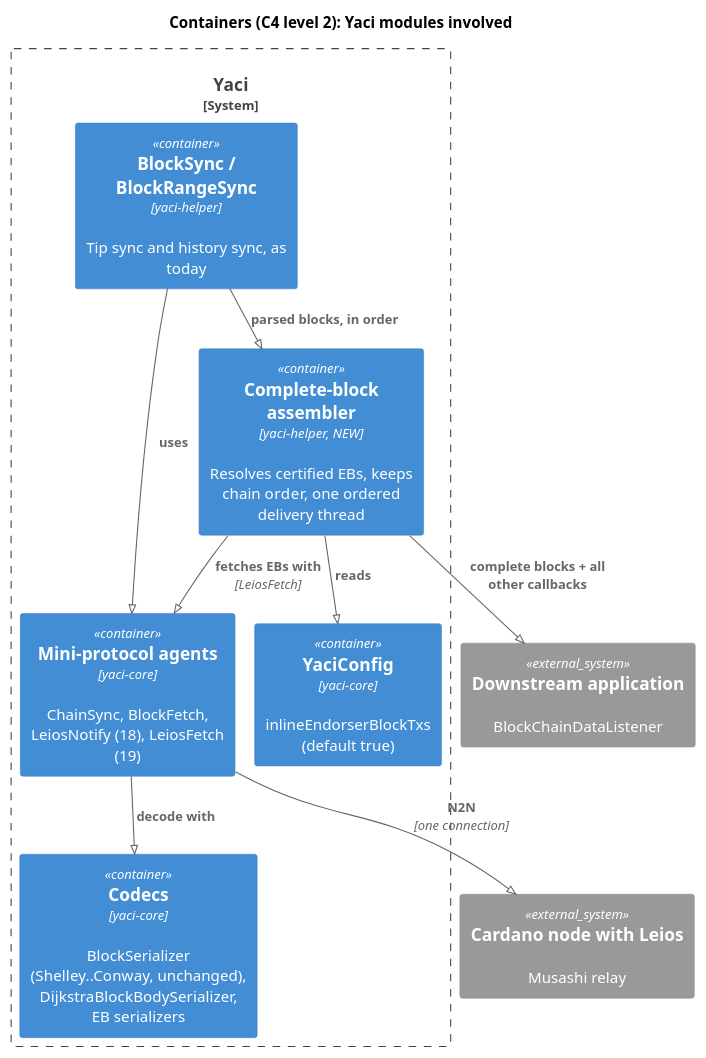
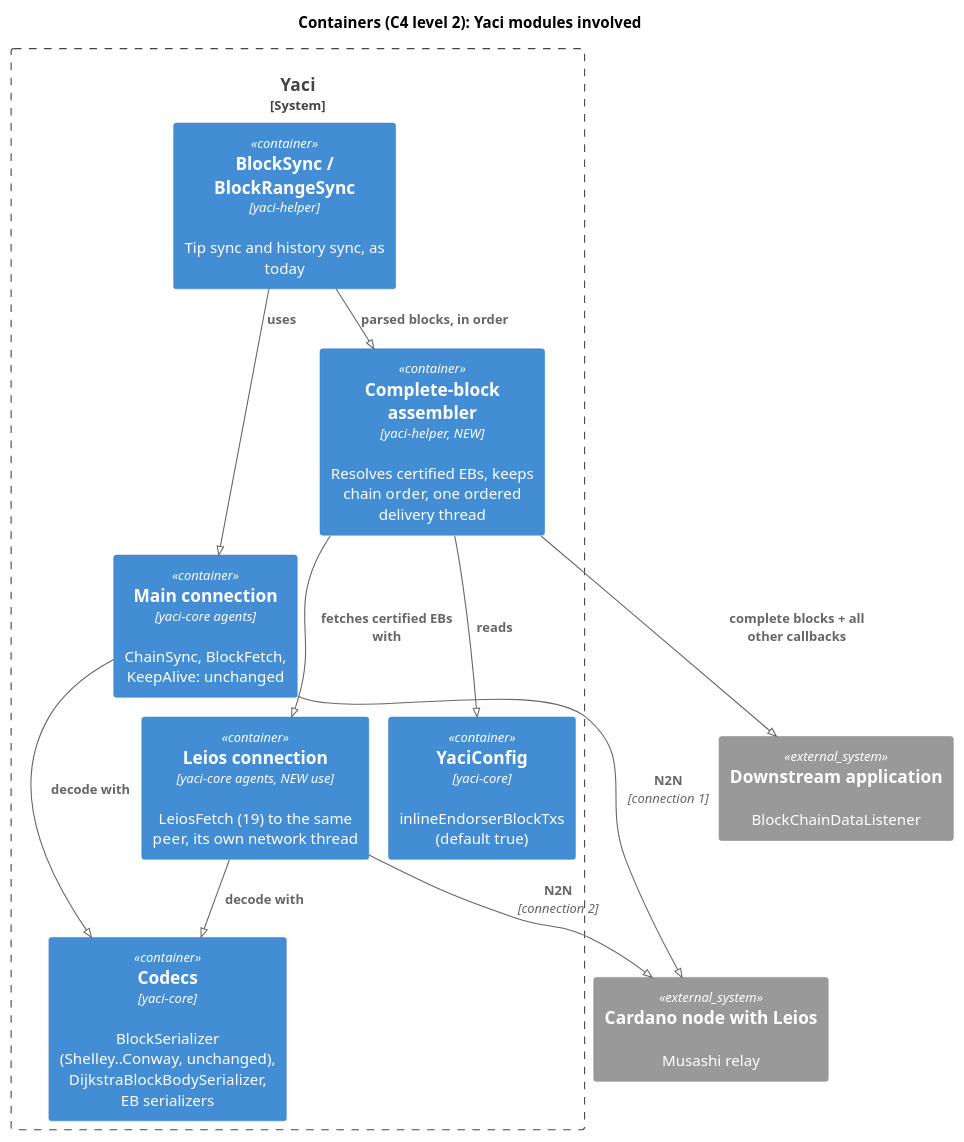
The diagram in docs/leios/diagrams/2-c4-container.puml (bloxbean/yaci), drawn with PlantUML before and after one commit. The commit also changed 17 other files, not shown here.

```diff
--- a/docs/leios/diagrams/2-c4-container.puml
+++ b/docs/leios/diagrams/2-c4-container.puml
@@ -1,25 +1,28 @@
 @startuml 2-c4-container
 !pragma layout smetana
 !include <C4/C4_Container>
 LAYOUT_TOP_DOWN()
 title Containers (C4 level 2): Yaci modules involved
 
 System_Ext(app, "Downstream application", "BlockChainDataListener")
 System_Ext(node, "Cardano node with Leios", "Musashi relay")
 
 System_Boundary(yaci, "Yaci") {
   Container(sync, "BlockSync / BlockRangeSync", "yaci-helper", "Tip sync and history sync, as today")
   Container(asm, "Complete-block assembler", "yaci-helper, NEW", "Resolves certified EBs, keeps chain order, one ordered delivery thread")
-  Container(agents, "Mini-protocol agents", "yaci-core", "ChainSync, BlockFetch, LeiosNotify (18), LeiosFetch (19)")
+  Container(main, "Main connection", "yaci-core agents", "ChainSync, BlockFetch, KeepAlive: unchanged")
+  Container(leios, "Leios connection", "yaci-core agents, NEW use", "LeiosFetch (19) to the same peer, its own network thread")
   Container(codecs, "Codecs", "yaci-core", "BlockSerializer (Shelley..Conway, unchanged), DijkstraBlockBodySerializer, EB serializers")
   Container(cfg, "YaciConfig", "yaci-core", "inlineEndorserBlockTxs (default true)")
 }
 
+Rel(sync, main, "uses")
 Rel(sync, asm, "parsed blocks, in order")
 Rel(asm, app, "complete blocks + all other callbacks")
-Rel(sync, agents, "uses")
-Rel(asm, agents, "fetches EBs with", "LeiosFetch")
-Rel(agents, codecs, "decode with")
+Rel(asm, leios, "fetches certified EBs with")
 Rel(asm, cfg, "reads")
-Rel(agents, node, "N2N", "one connection")
+Rel(main, codecs, "decode with")
+Rel(leios, codecs, "decode with")
+Rel(main, node, "N2N", "connection 1")
+Rel(leios, node, "N2N", "connection 2")
 @enduml
```
